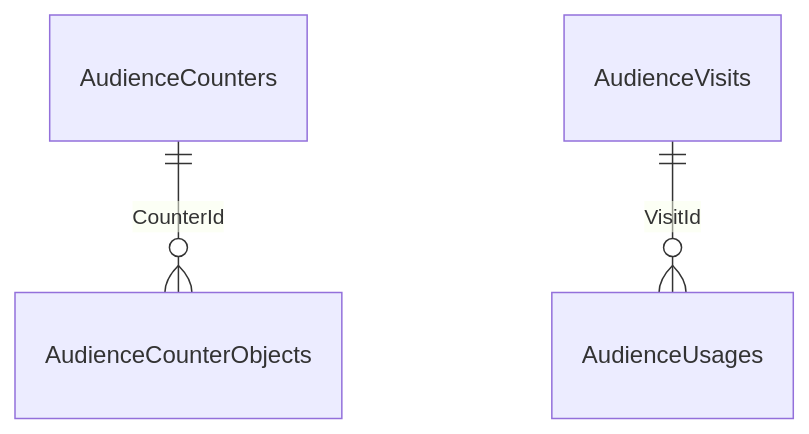
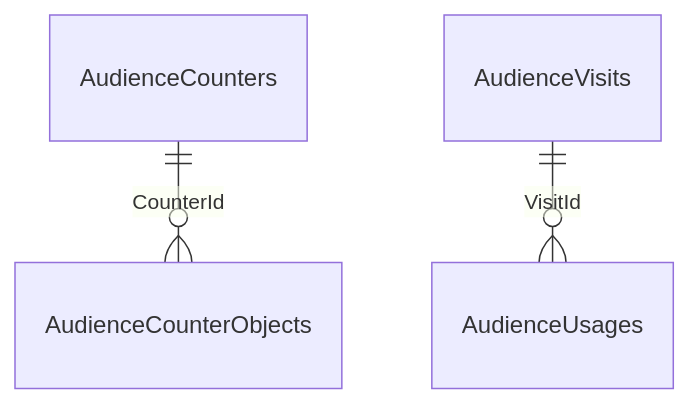
The ninth of 9 diagrams in docs/tech/references/schema-de-la-base.md (Tetram76/bdtheque-claude), drawn with Mermaid before and after one commit. The commit also changed other lines of this file and 4 other files, not shown here.

First line of the commit message:
docs(schema-de-la-base): un schéma des relations par question, sans croisement (#683)

````diff
--- a/docs/tech/references/schema-de-la-base.md
+++ b/docs/tech/references/schema-de-la-base.md
@@ -93,6 +217,15 @@
 ```mermaid
+---
+config:
+  er:
+    nodeSpacing: 60
+    rankSpacing: 60
+---
 erDiagram
-    direction TB
+    AudienceCounters
+    AudienceVisits
+    AudienceCounterObjects
+    AudienceUsages
     AudienceCounters ||--o{ AudienceCounterObjects : "CounterId"
     AudienceVisits ||--o{ AudienceUsages : "VisitId"
 ```
````
